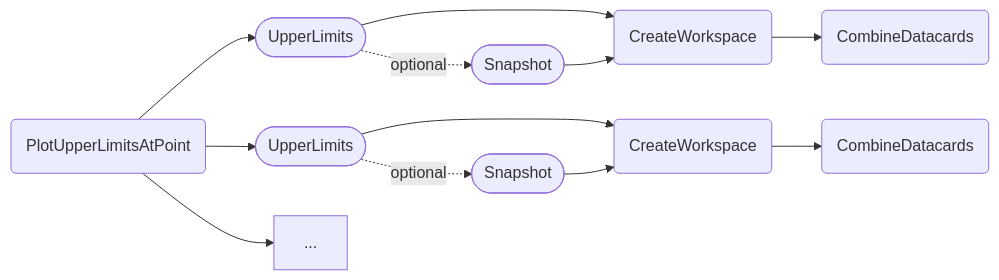
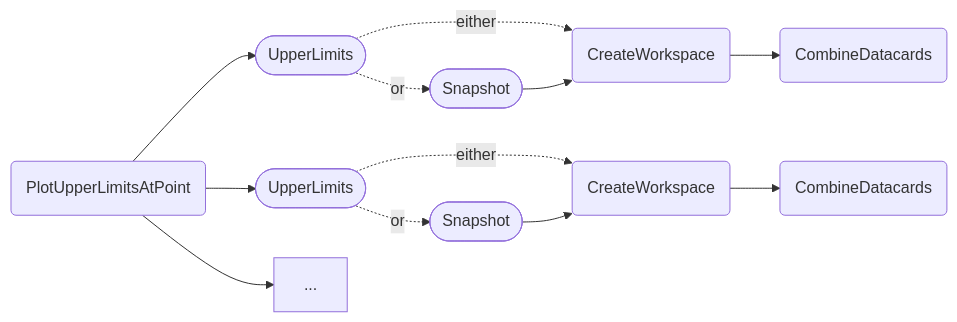
The third of 3 diagrams in docs/content/tasks/limits.md (cms-hh/inference_tools), drawn with Mermaid before and after one commit. The commit also changed other lines of this file and 5 other files, not shown here.

````diff
--- a/docs/content/tasks/limits.md
+++ b/docs/content/tasks/limits.md
@@ -214,14 +214,14 @@
 ```mermaid
 graph LR;
     A(PlotUpperLimitsAtPoint) --> B1([UpperLimits]);
     A --> B2([UpperLimits]);
     A --> ...;
-    B1 --> C1(CreateWorkspace);
-    B2 --> C2(CreateWorkspace);
+    B1 -. either .-> C1(CreateWorkspace);
+    B2 -. either .-> C2(CreateWorkspace);
     C1 --> D1(CombineDatacards);
     C2 --> D2(CombineDatacards);
-    B1 -. optional .-> E1([Snapshot]);
-    B2 -. optional .-> E2([Snapshot]);
+    B1 -. or .-> E1([Snapshot]);
+    B2 -. or .-> E2([Snapshot]);
     E1 --> C1;
     E2 --> C2;
 ```
````
